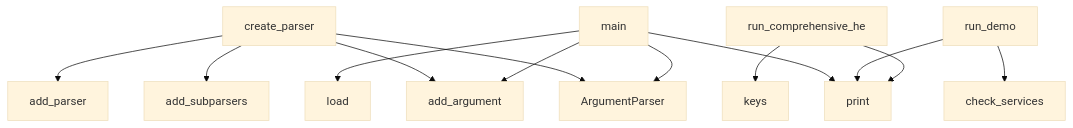
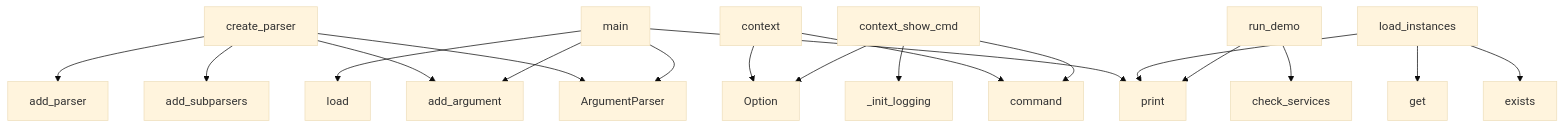
The diagram in project/context.md (semcod/llx), drawn with Mermaid (base theme) before and after one commit. The commit also changed other lines of this file and 96 other files, not shown here.

````diff
--- a/project/context.md
+++ b/project/context.md
@@ -506,15 +588,21 @@
 ```mermaid
 graph TD
     create_parser --> ArgumentParser
     create_parser --> add_argument
     create_parser --> add_subparsers
     create_parser --> add_parser
     main --> ArgumentParser
     main --> add_argument
     main --> print
+    context --> command
+    context --> Option
+    context_show_cmd --> command
+    context_show_cmd --> Option
+    context_show_cmd --> _init_logging
+    load_instances --> exists
+    load_instances --> get
+    load_instances --> print
     main --> load
     run_demo --> print
     run_demo --> check_services
-    run_comprehensive_he --> print
-    run_comprehensive_he --> keys
 ```
````
